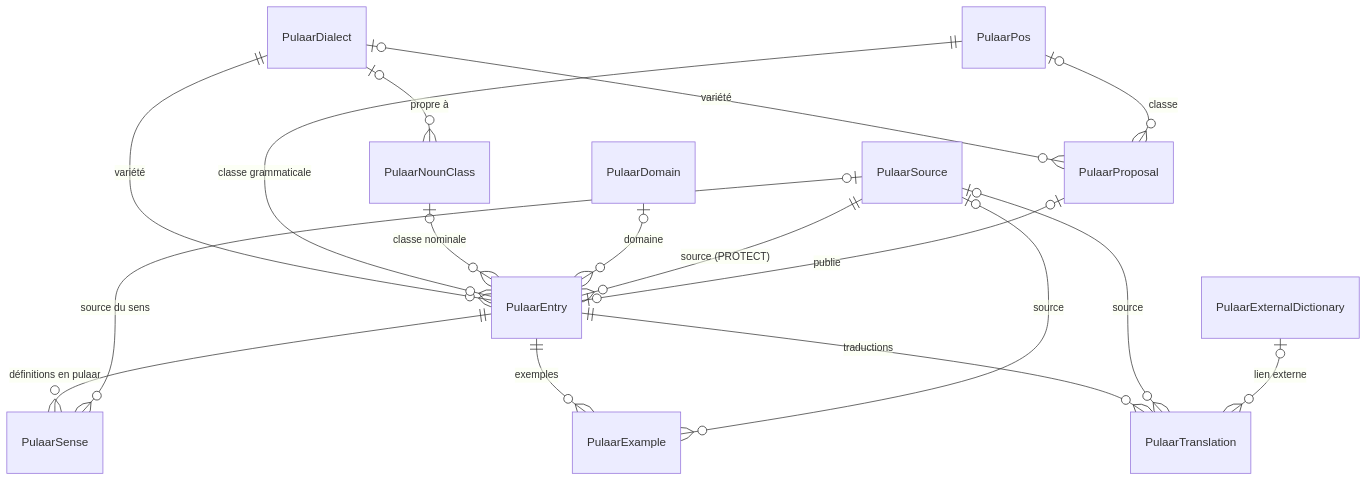
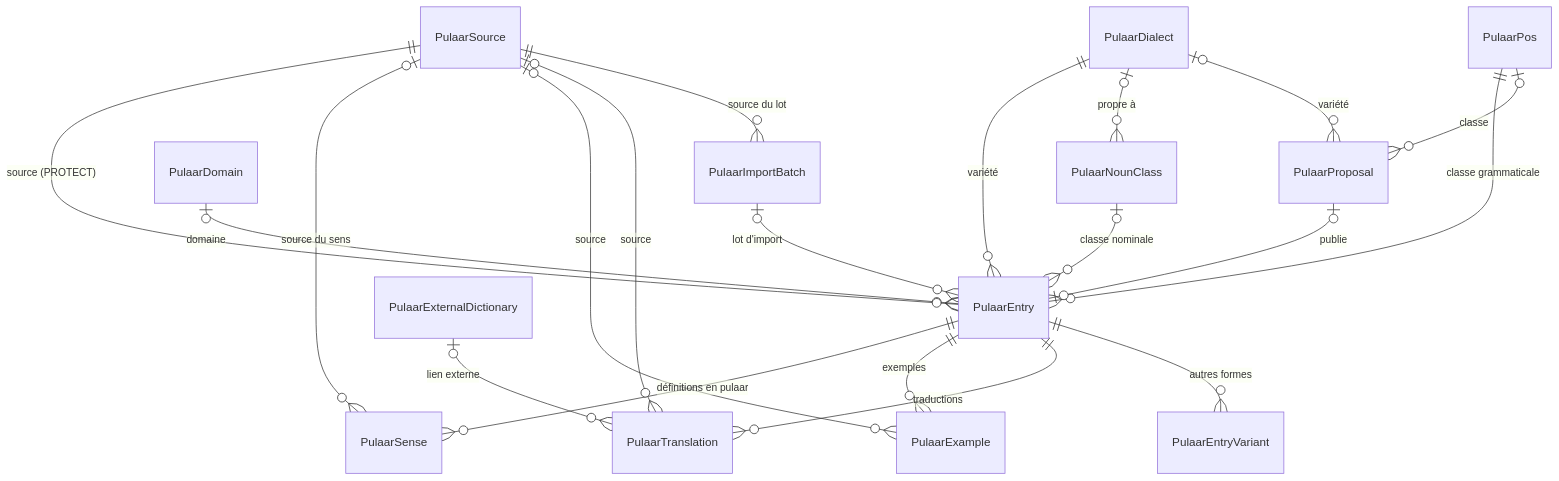
One commit to TIADRA432/kaloum24 changed the diagram in docs/STRUCTURE_BASE_PULAAR.md. Above: the diagram before and after it, drawn with Mermaid. The commit also changed other lines of this file and 2 other files, not shown here.

First line of the commit message:
Docs dictionnaire pulaar : décisions P0, import par lots, handoff

````diff
--- a/docs/STRUCTURE_BASE_PULAAR.md
+++ b/docs/STRUCTURE_BASE_PULAAR.md
@@ -15,19 +15,22 @@
 ```mermaid
 erDiagram
     PulaarDialect ||--o{ PulaarEntry : "variété"
     PulaarPos ||--o{ PulaarEntry : "classe grammaticale"
     PulaarNounClass |o--o{ PulaarEntry : "classe nominale"
     PulaarDialect |o--o{ PulaarNounClass : "propre à"
     PulaarDomain |o--o{ PulaarEntry : "domaine"
     PulaarSource ||--o{ PulaarEntry : "source (PROTECT)"
     PulaarEntry ||--o{ PulaarSense : "définitions en pulaar"
     PulaarEntry ||--o{ PulaarExample : "exemples"
     PulaarEntry ||--o{ PulaarTranslation : "traductions"
     PulaarSource |o--o{ PulaarSense : "source du sens"
     PulaarSource |o--o{ PulaarExample : "source"
     PulaarSource |o--o{ PulaarTranslation : "source"
     PulaarExternalDictionary |o--o{ PulaarTranslation : "lien externe"
+    PulaarEntry ||--o{ PulaarEntryVariant : "autres formes"
+    PulaarImportBatch |o--o{ PulaarEntry : "lot d'import"
+    PulaarSource ||--o{ PulaarImportBatch : "source du lot"
     PulaarProposal |o--o| PulaarEntry : "publie"
     PulaarDialect |o--o{ PulaarProposal : "variété"
     PulaarPos |o--o{ PulaarProposal : "classe"
 ```
````
